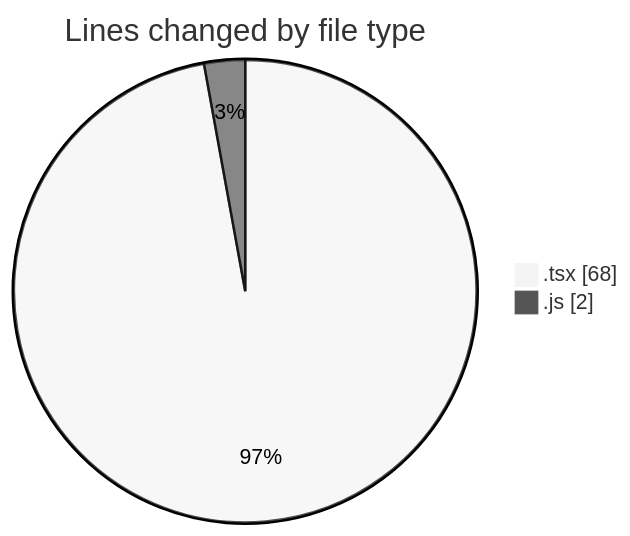
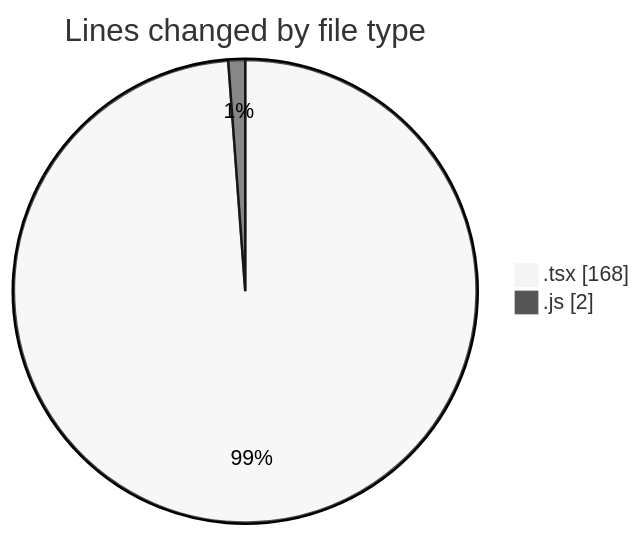
Before and after one commit to momahboobian/code-tracking: the first of 2 diagrams in 2026-05-15/cda/README.md, drawn with Mermaid (neutral theme). The commit also changed other lines of this file and 1 other file, not shown here.

````diff
--- a/2026-05-15/cda/README.md
+++ b/2026-05-15/cda/README.md
@@ -23,6 +23,6 @@
 ```mermaid
 pie showData
 title Lines changed by file type
-".tsx" : 68
+".tsx" : 168
 ".js" : 2
 ```
````
